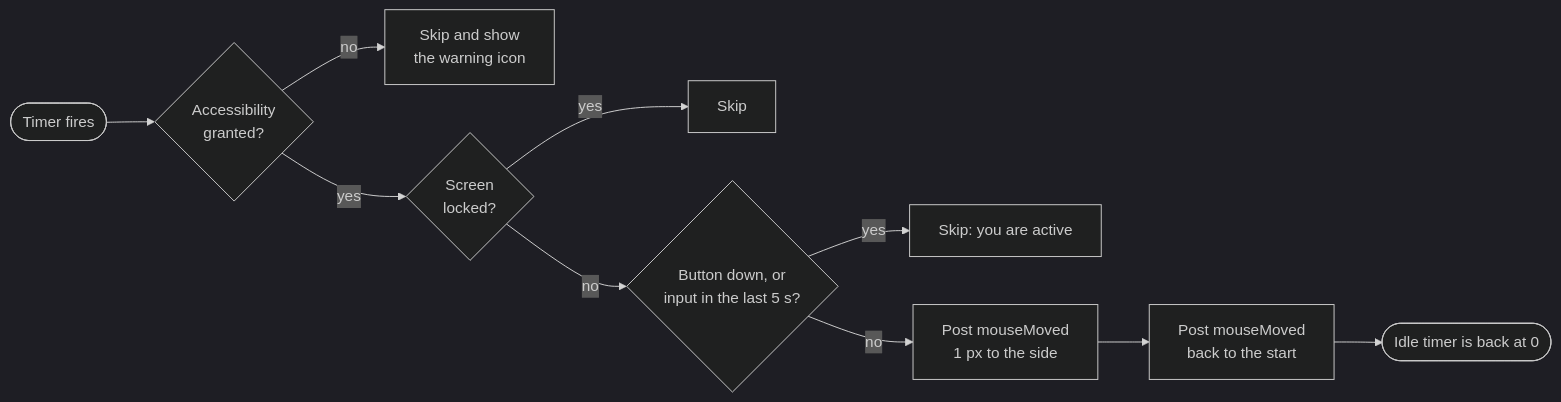
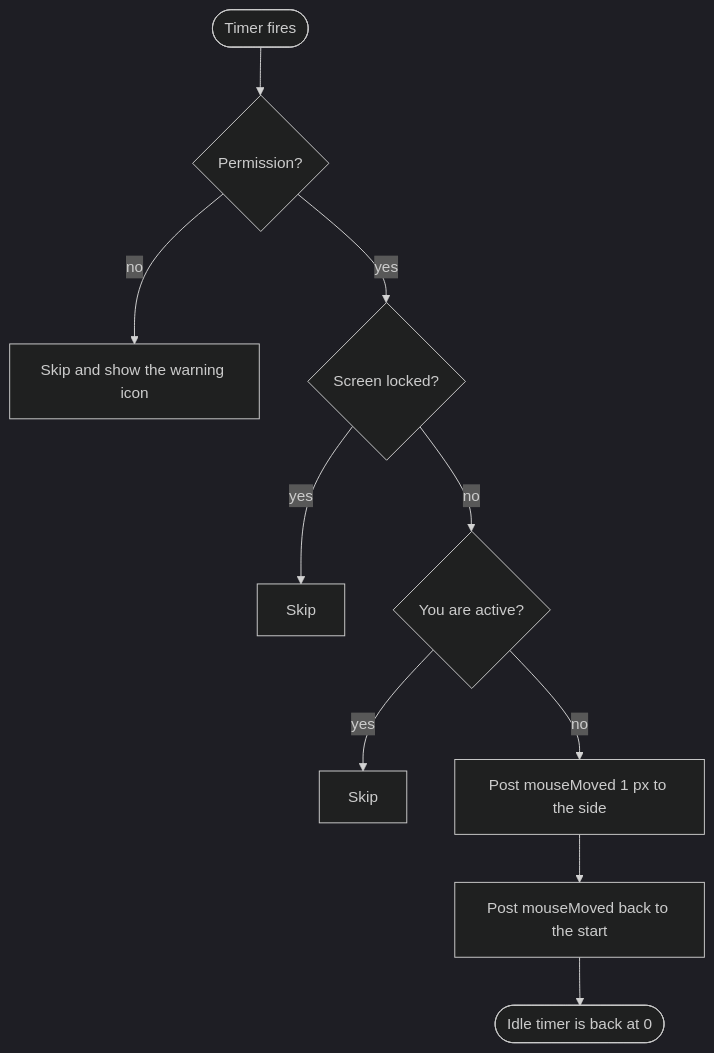
Before and after one commit to CastilloLuis/mouse-mover: the diagram in README.md, drawn with Mermaid (dark theme). The commit also changed other lines of this file, not shown here.

Commit message:
Use a top-down layout for the README diagram
The left-to-right diagram was too wide for the README column and cut off
a label.

````diff
--- a/README.md
+++ b/README.md
@@ -44,12 +44,12 @@
 ```mermaid
-flowchart LR
-    T([Timer fires]) --> P{Accessibility<br/>granted?}
-    P -- no --> W[Skip and show<br/>the warning icon]
-    P -- yes --> L{Screen<br/>locked?}
+flowchart TD
+    T([Timer fires]) --> P{Permission?}
+    P -- no --> W[Skip and show the warning icon]
+    P -- yes --> L{Screen locked?}
     L -- yes --> S1[Skip]
-    L -- no --> A{Button down, or<br/>input in the last 5 s?}
-    A -- yes --> S2[Skip: you are active]
-    A -- no --> M[Post mouseMoved<br/>1 px to the side]
-    M --> B[Post mouseMoved<br/>back to the start]
+    L -- no --> A{You are active?}
+    A -- yes --> S2[Skip]
+    A -- no --> M[Post mouseMoved 1 px to the side]
+    M --> B[Post mouseMoved back to the start]
     B --> R([Idle timer is back at 0])
 ```
````
